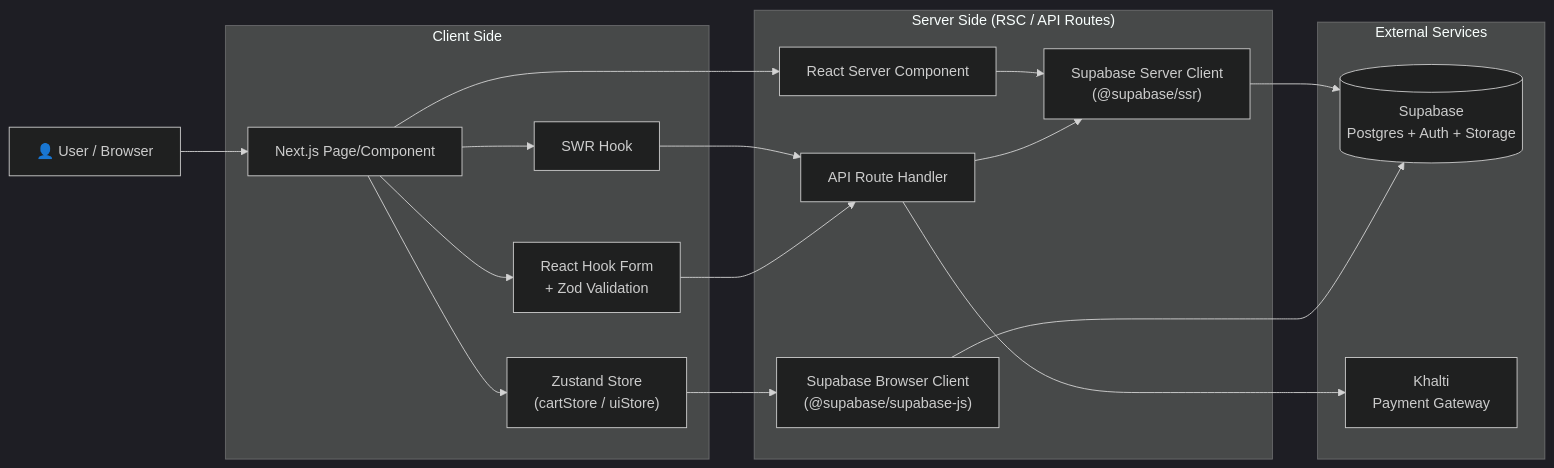
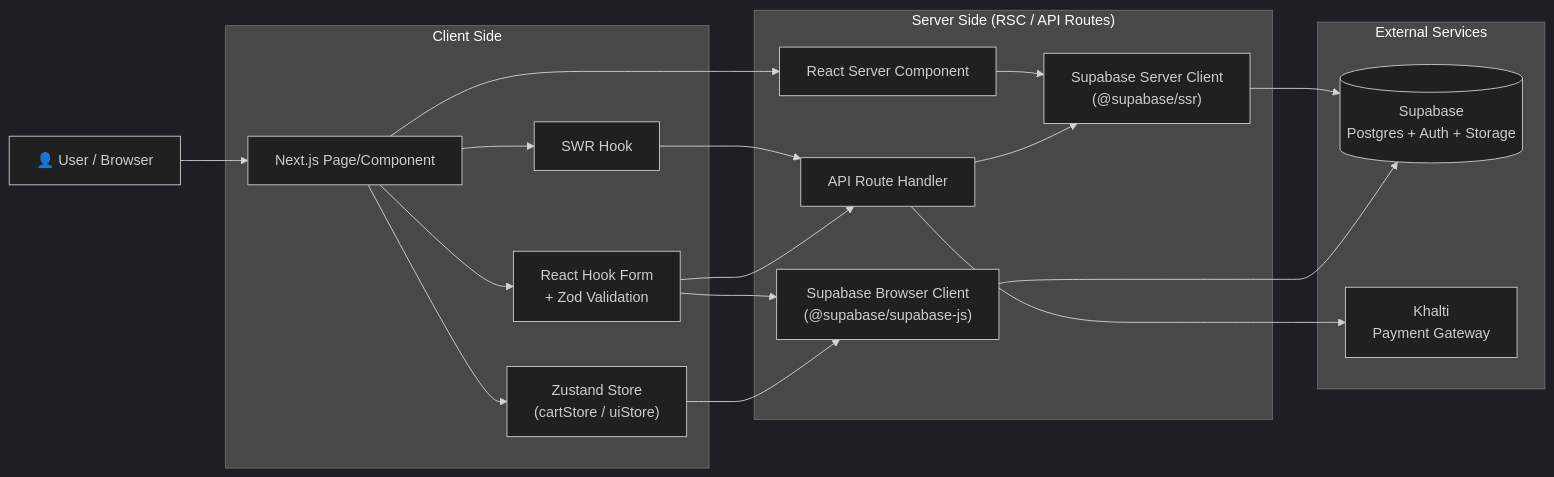
The sixth of 8 diagrams in dependency_graph.md (noorkth2/thediecastcornernepal), drawn with Mermaid (dark theme) before and after one commit. The commit also changed other lines of this file, not shown here.

Commit message:
docs: update dependency graph with all post-rebranding changes

````diff
--- a/dependency_graph.md
+++ b/dependency_graph.md
@@ -280,37 +365,38 @@
 ```mermaid
 flowchart LR
   USER["👤 User / Browser"]
 
   subgraph Client ["Client Side"]
     PAGE["Next.js Page/Component"]
     SWR_HOOK["SWR Hook"]
-    ZUSTAND["Zustand Store\n(cartStore / uiStore)"]
-    RHF["React Hook Form\n+ Zod Validation"]
+    ZUSTAND["Zustand Store<br/>(cartStore / uiStore)"]
+    RHF["React Hook Form<br/>+ Zod Validation"]
   end
 
   subgraph Server ["Server Side (RSC / API Routes)"]
     RSC["React Server Component"]
     API_RT["API Route Handler"]
-    SB_SRV["Supabase Server Client\n(@supabase/ssr)"]
-    SB_CLI["Supabase Browser Client\n(@supabase/supabase-js)"]
+    SB_SRV["Supabase Server Client<br/>(@supabase/ssr)"]
+    SB_CLI["Supabase Browser Client<br/>(@supabase/supabase-js)"]
   end
 
   subgraph External ["External Services"]
-    SUPABASE[("Supabase\nPostgres + Auth + Storage")]
-    KHALTI["Khalti\nPayment Gateway"]
+    SUPABASE[("Supabase<br/>Postgres + Auth + Storage")]
+    KHALTI["Khalti<br/>Payment Gateway"]
   end
 
   USER --> PAGE
   PAGE --> SWR_HOOK
   SWR_HOOK --> API_RT
   PAGE --> RSC
   RSC --> SB_SRV
   API_RT --> SB_SRV
   API_RT --> KHALTI
   SB_SRV --> SUPABASE
   SB_CLI --> SUPABASE
   PAGE --> ZUSTAND
   PAGE --> RHF
   RHF --> API_RT
+  RHF --> SB_CLI
   ZUSTAND --> SB_CLI
 ```
````
